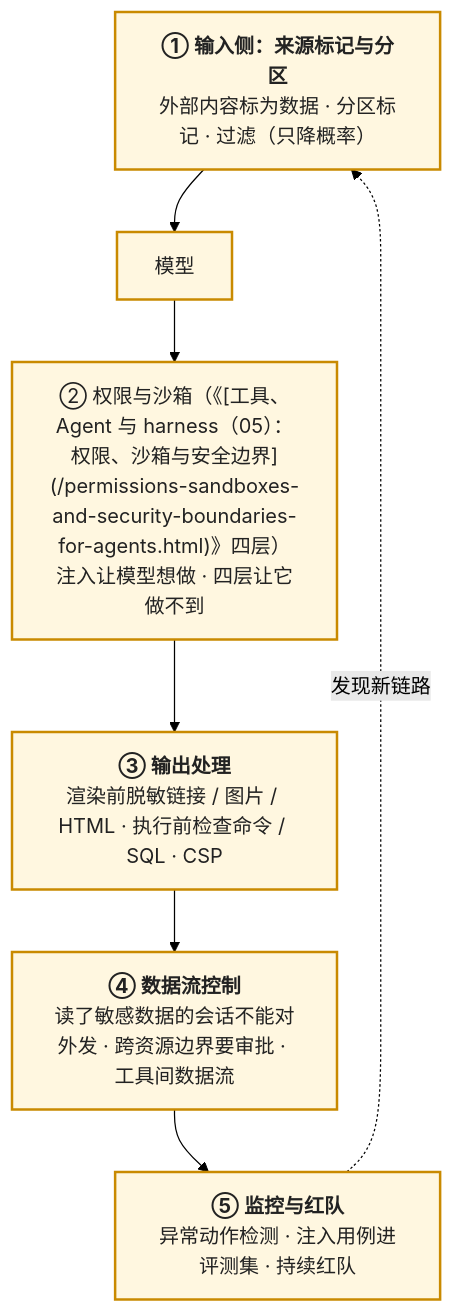
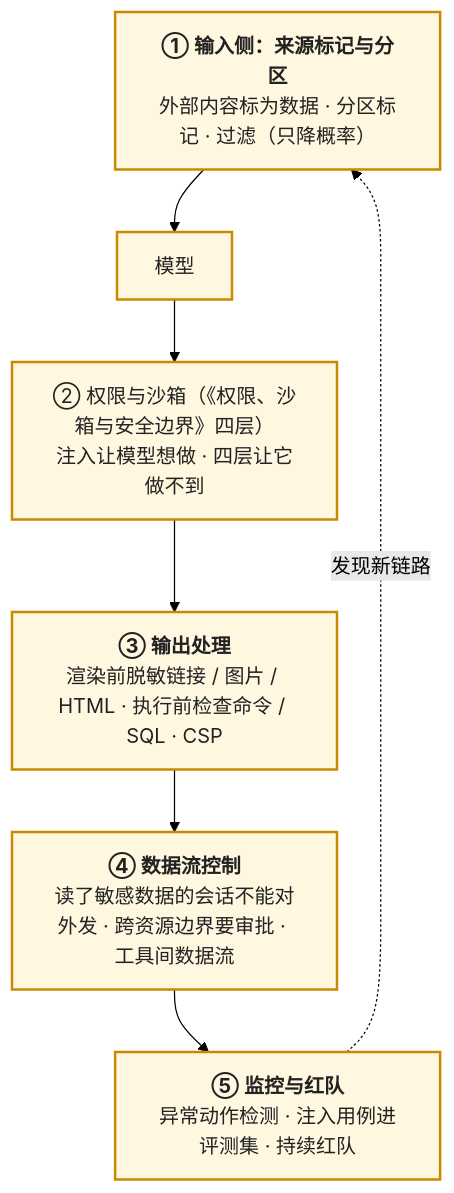
One commit to arganzheng/arganzheng.github.com changed the third of 5 diagrams in _posts/2026-11-11-security-prompt-injection-supply-chain-and-data-exfiltration.md. Above: the diagram before and after it, drawn with Mermaid (forest theme). The commit also changed 55 other files, not shown here.

First line of the commit message:
坐标 261 处改成文章标题，修 Mermaid 标签里显示源码的 bug

````diff
--- a/_posts/2026-11-11-security-prompt-injection-supply-chain-and-data-exfiltration.md
+++ b/_posts/2026-11-11-security-prompt-injection-supply-chain-and-data-exfiltration.md
@@ -127,13 +127,13 @@
 ```mermaid
 %% 图：五层防御：输入侧标记与分区，权限与沙箱让注入做不到，输出处理脱敏，数据流控制，监控与红队发现新链路
 flowchart TB
     IN["<b>① 输入侧：来源标记与分区</b><br/>外部内容标为数据 · 分区标记 · 过滤（只降概率）"] --> M["模型"]
-    M --> P["② 权限与沙箱（《[工具、Agent 与 harness（05）：权限、沙箱与安全边界](/permissions-sandboxes-and-security-boundaries-for-agents.html)》四层）<br/>注入让模型想做 · 四层让它做不到"]
+    M --> P["② 权限与沙箱（《权限、沙箱与安全边界》四层）<br/>注入让模型想做 · 四层让它做不到"]
     P --> O["<b>③ 输出处理</b><br/>渲染前脱敏链接 / 图片 / HTML · 执行前检查命令 / SQL · CSP"]
     O --> D["<b>④ 数据流控制</b><br/>读了敏感数据的会话不能对外发 · 跨资源边界要审批 · 工具间数据流"]
     D --> R["<b>⑤ 监控与红队</b><br/>异常动作检测 · 注入用例进评测集 · 持续红队"]
     R -.->|"发现新链路"| IN
 
     classDef step fill:#fff7e0,stroke:#c98a00,stroke-width:2px,color:#222
     class IN,M,P,O,D,R step
 ```
````
